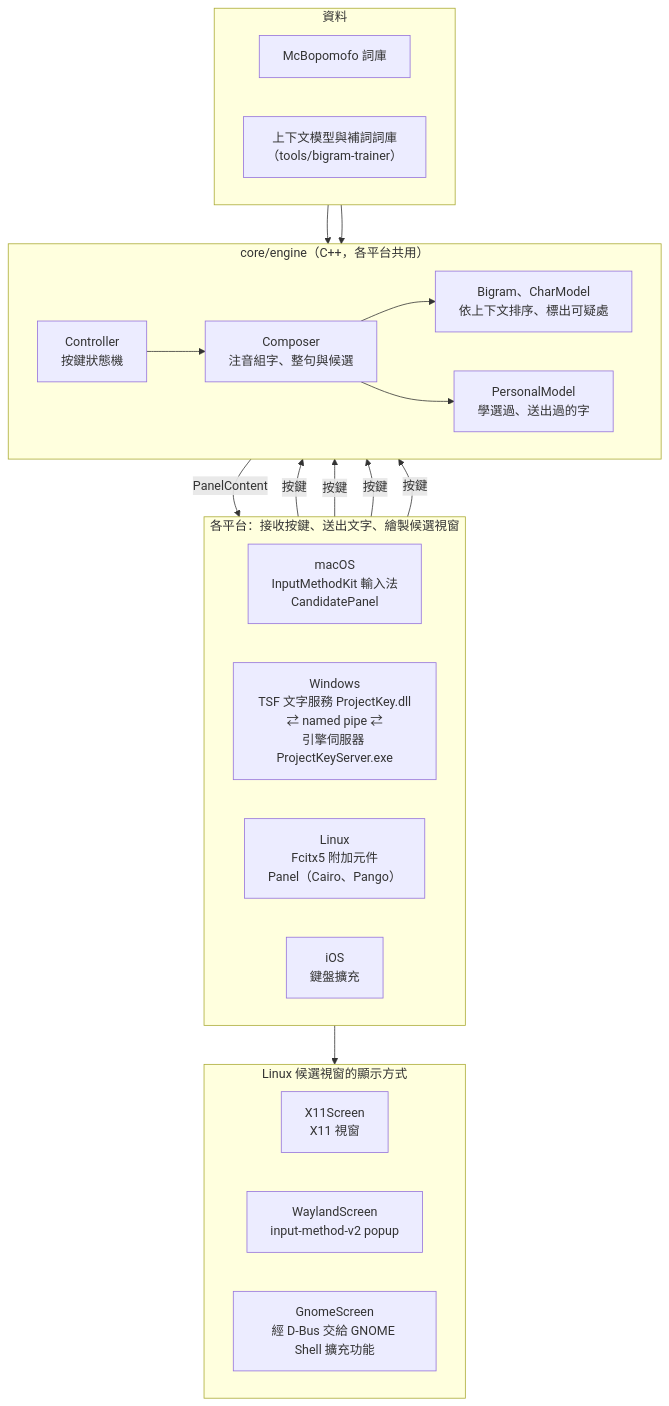
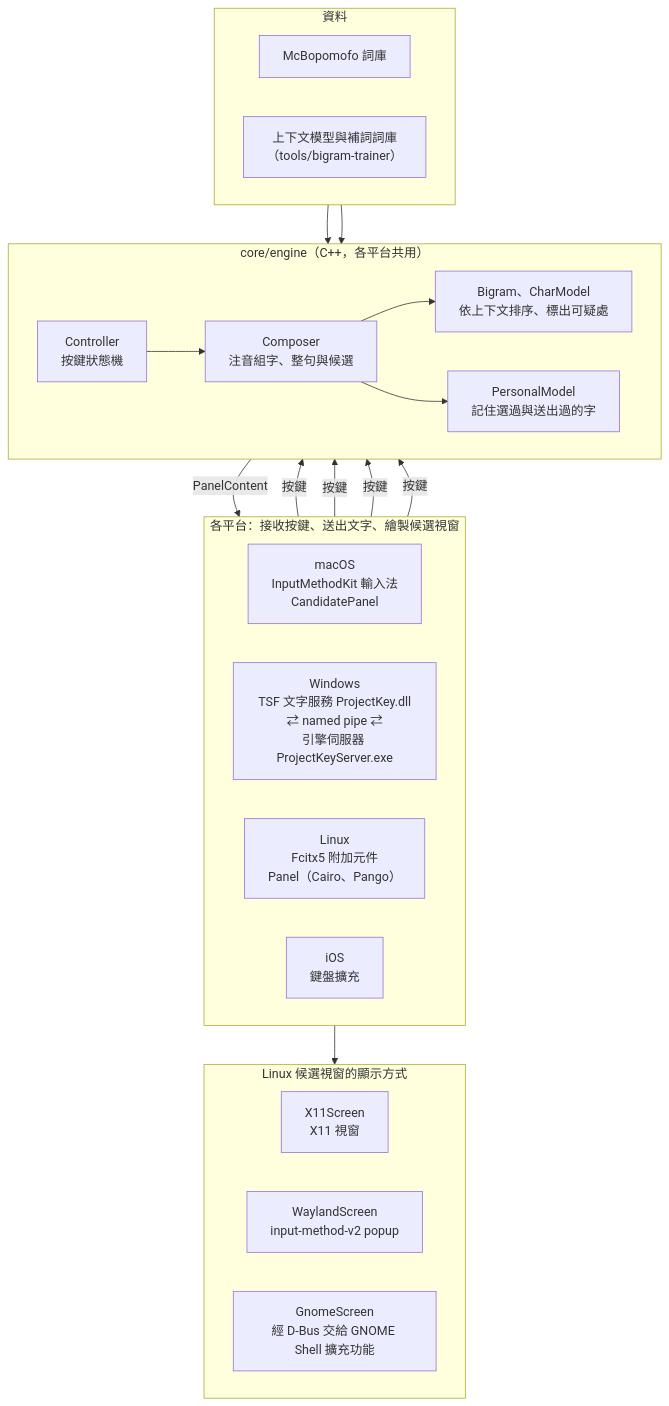
The diagram in README.md (KoukeNeko/Project-Key), drawn with Mermaid before and after one commit. The commit also changed other lines of this file, not shown here.

Commit message:
docs: tighten the architecture diagram wording

````diff
--- a/README.md
+++ b/README.md
@@ -72,36 +72,36 @@
 ```mermaid
 flowchart TB
   subgraph platforms["各平台：接收按鍵、送出文字、繪製候選視窗"]
     direction LR
     mac["macOS<br>InputMethodKit 輸入法<br>CandidatePanel"]
     win["Windows<br>TSF 文字服務 ProjectKey.dll<br>⇄ named pipe ⇄<br>引擎伺服器 ProjectKeyServer.exe"]
     linux["Linux<br>Fcitx5 附加元件<br>Panel（Cairo、Pango）"]
     ios["iOS<br>鍵盤擴充"]
   end
 
   subgraph core["core/engine（C++，各平台共用）"]
     direction LR
     controller["Controller<br>按鍵狀態機"] --> composer["Composer<br>注音組字、整句與候選"]
     composer --> ranking["Bigram、CharModel<br>依上下文排序、標出可疑處"]
-    composer --> personal["PersonalModel<br>學選過、送出過的字"]
+    composer --> personal["PersonalModel<br>記住選過與送出過的字"]
   end
 
   subgraph data["資料"]
     direction LR
     mcb["McBopomofo 詞庫"]
     models["上下文模型與補詞詞庫<br>（tools/bigram-trainer）"]
   end
 
   mac & win & linux & ios -- "按鍵" --> controller
   controller -- "PanelContent" --> platforms
   mcb --> composer
   models --> ranking
 
   subgraph screens["Linux 候選視窗的顯示方式"]
     direction LR
     x11["X11Screen<br>X11 視窗"]
     wayland["WaylandScreen<br>input-method-v2 popup"]
     gnome["GnomeScreen<br>經 D-Bus 交給 GNOME Shell 擴充功能"]
   end
   linux --> screens
 ```
````
